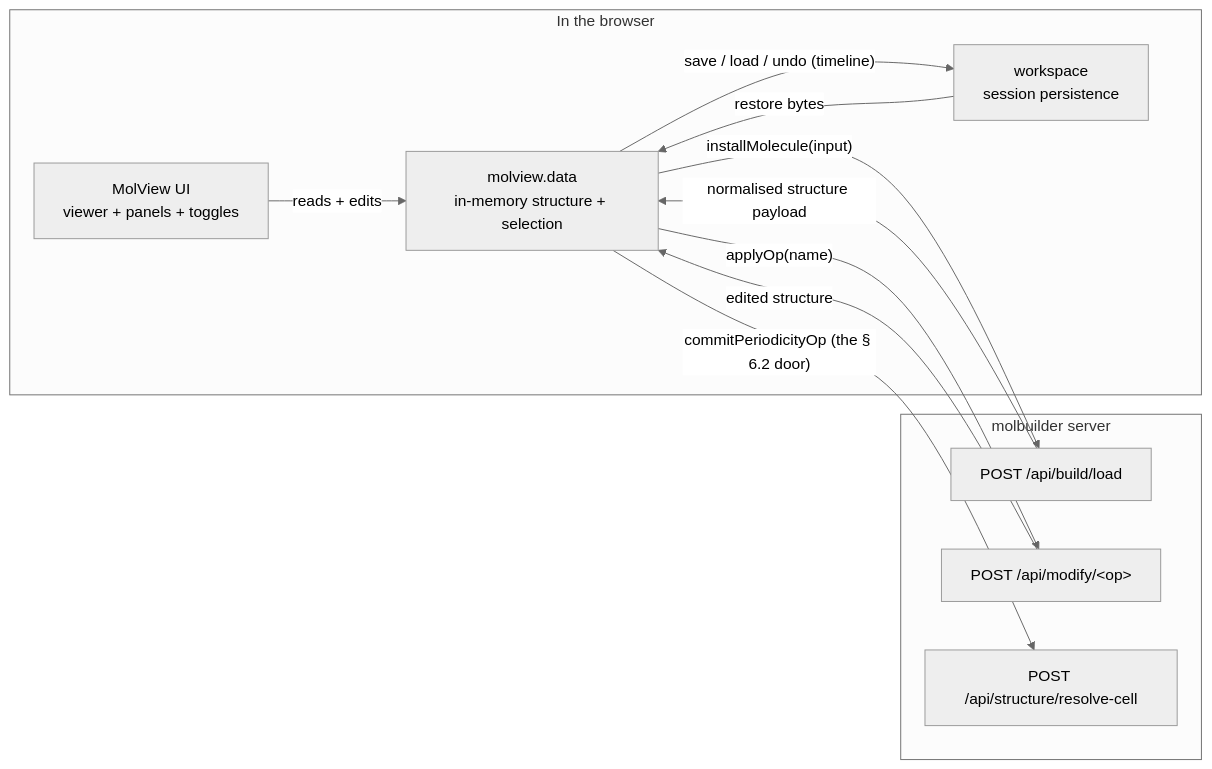
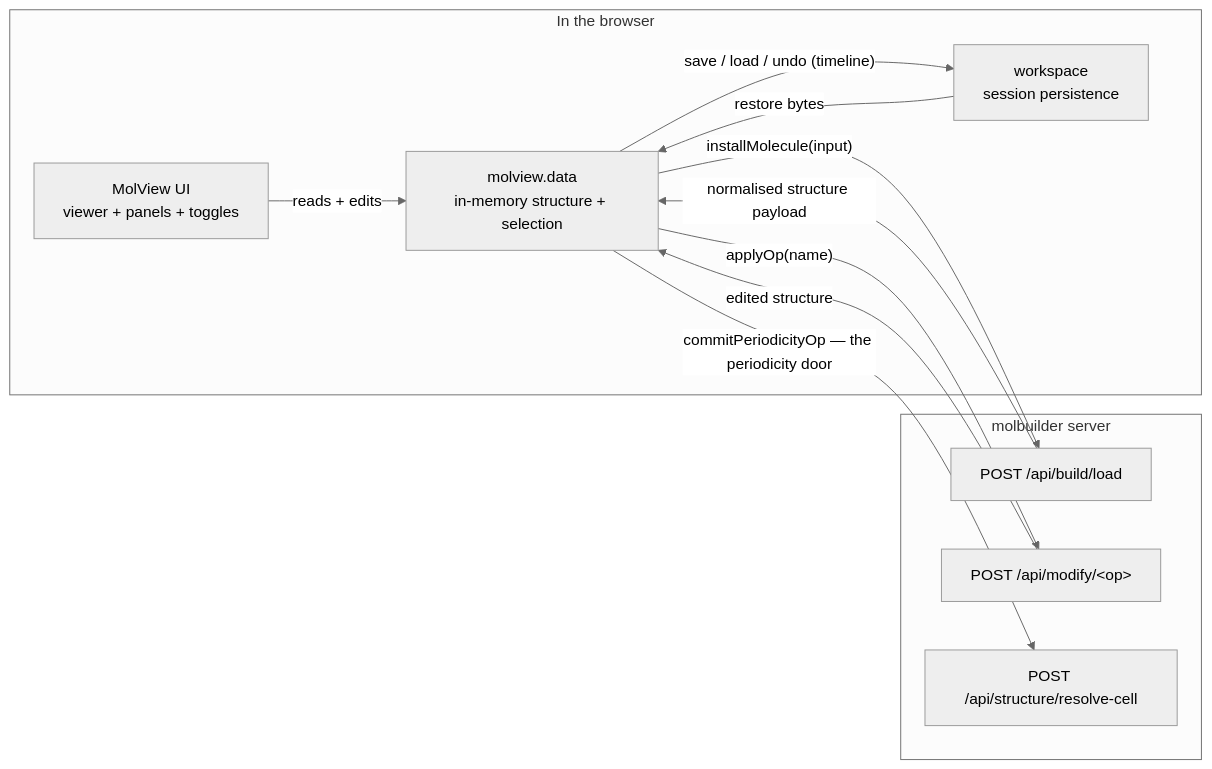
One commit to Qing-LAB/molbuilder changed the first of 4 diagrams in docs/web/molview.md. Above: the diagram before and after it, drawn with Mermaid (neutral theme). The commit also changed other lines of this file, not shown here.

````diff
--- a/docs/web/molview.md
+++ b/docs/web/molview.md
@@ -197,21 +262,21 @@
 ```mermaid
 flowchart LR
     subgraph browser["In the browser"]
       UI["MolView UI<br/>viewer + panels + toggles"]
       DATA["molview.data<br/>in-memory structure + selection"]
       WS["workspace<br/>session persistence"]
     end
     subgraph server["molbuilder server"]
       LOAD["POST /api/build/load"]
       MOD["POST /api/modify/&lt;op&gt;"]
       CELL["POST /api/structure/resolve-cell"]
     end
     UI -->|"reads + edits"| DATA
     DATA -->|"installMolecule(input)"| LOAD
     LOAD -->|"normalised structure payload"| DATA
     DATA -->|"applyOp(name)"| MOD
     MOD -->|"edited structure"| DATA
-    DATA -->|"commitPeriodicityOp (the § 6.2 door)"| CELL
+    DATA -->|"commitPeriodicityOp — the periodicity door"| CELL
     DATA -->|"save / load / undo (timeline)"| WS
     WS -->|"restore bytes"| DATA
 ```
````
